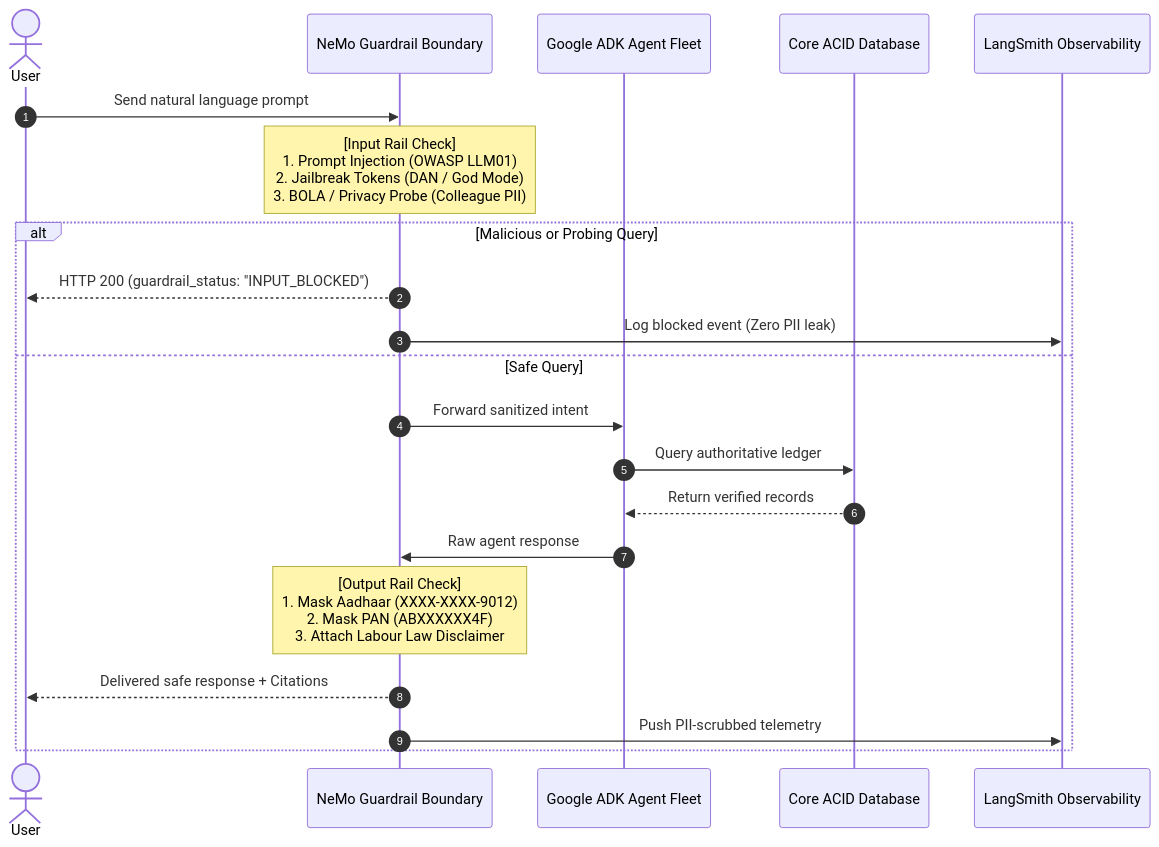
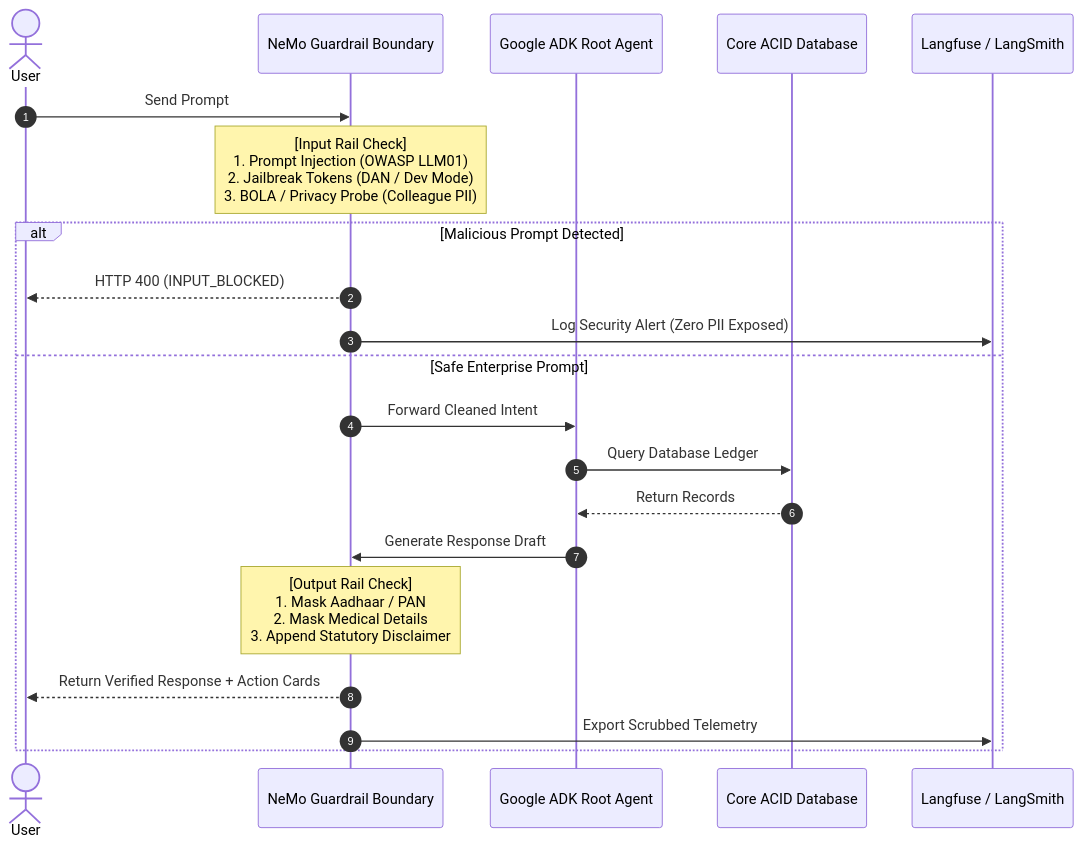
Before and after one commit to Ares19v/people-ops: the third of 3 diagrams in README.md, drawn with Mermaid. The commit also changed other lines of this file and 94 other files, not shown here.

Commit message:
feat: enterprise multi-agent platform with Google ADK, Langfuse prompts & hierarchical waterfall tracing

````diff
--- a/README.md
+++ b/README.md
@@ -152,24 +280,24 @@
 ```mermaid
 sequenceDiagram
     autonumber
     actor User
     participant Guardrail as NeMo Guardrail Boundary
-    participant Agent as Google ADK Agent Fleet
+    participant Agent as Google ADK Root Agent
     participant DB as Core ACID Database
-    participant Tracer as LangSmith Observability
-
-    User->>Guardrail: Send natural language prompt
-    Note over Guardrail: [Input Rail Check]<br/>1. Prompt Injection (OWASP LLM01)<br/>2. Jailbreak Tokens (DAN / God Mode)<br/>3. BOLA / Privacy Probe (Colleague PII)
-    alt Malicious or Probing Query
-        Guardrail-->>User: HTTP 200 (guardrail_status: "INPUT_BLOCKED")
-        Guardrail->>Tracer: Log blocked event (Zero PII leak)
-    else Safe Query
-        Guardrail->>Agent: Forward sanitized intent
-        Agent->>DB: Query authoritative ledger
-        DB-->>Agent: Return verified records
-        Agent->>Guardrail: Raw agent response
-        Note over Guardrail: [Output Rail Check]<br/>1. Mask Aadhaar (XXXX-XXXX-9012)<br/>2. Mask PAN (ABXXXXXX4F)<br/>3. Attach Labour Law Disclaimer
-        Guardrail-->>User: Delivered safe response + Citations
-        Guardrail->>Tracer: Push PII-scrubbed telemetry
+    participant Tracer as Langfuse / LangSmith
+    
+    User->>Guardrail: Send Prompt
+    Note over Guardrail: [Input Rail Check]<br/>1. Prompt Injection (OWASP LLM01)<br/>2. Jailbreak Tokens (DAN / Dev Mode)<br/>3. BOLA / Privacy Probe (Colleague PII)
+    alt Malicious Prompt Detected
+        Guardrail-->>User: HTTP 400 (INPUT_BLOCKED)
+        Guardrail->>Tracer: Log Security Alert (Zero PII Exposed)
+    else Safe Enterprise Prompt
+        Guardrail->>Agent: Forward Cleaned Intent
+        Agent->>DB: Query Database Ledger
+        DB-->>Agent: Return Records
+        Agent->>Guardrail: Generate Response Draft
+        Note over Guardrail: [Output Rail Check]<br/>1. Mask Aadhaar / PAN<br/>2. Mask Medical Details<br/>3. Append Statutory Disclaimer
+        Guardrail-->>User: Return Verified Response + Action Cards
+        Guardrail->>Tracer: Export Scrubbed Telemetry
     end
 ```
````
